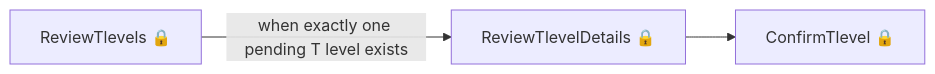
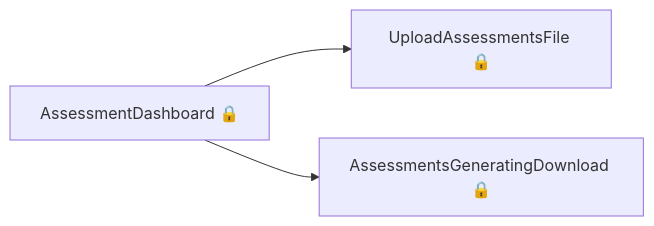
The fourth of 11 diagrams in tl-results-and-certification/user-journeys/user-journeys.md (talentconsulting/atlas-dfe), drawn with Mermaid before and after one commit. The commit also changed other lines of this file and 22 other files, not shown here.

````diff
--- a/tl-results-and-certification/user-journeys/user-journeys.md
+++ b/tl-results-and-certification/user-journeys/user-journeys.md
@@ -52,5 +71,5 @@
 ```mermaid
 flowchart LR
-  p0["ReviewTlevels 🔒"] -->|"when exactly one pending T level exists"| p1["ReviewTlevelDetails 🔒"]
-  p1["ReviewTlevelDetails 🔒"] --> p2["ConfirmTlevel 🔒"]
+  p0["AssessmentDashboard 🔒"] --> p1["UploadAssessmentsFile 🔒"]
+  p0["AssessmentDashboard 🔒"] --> p2["AssessmentsGeneratingDownload 🔒"]
 ```
````
